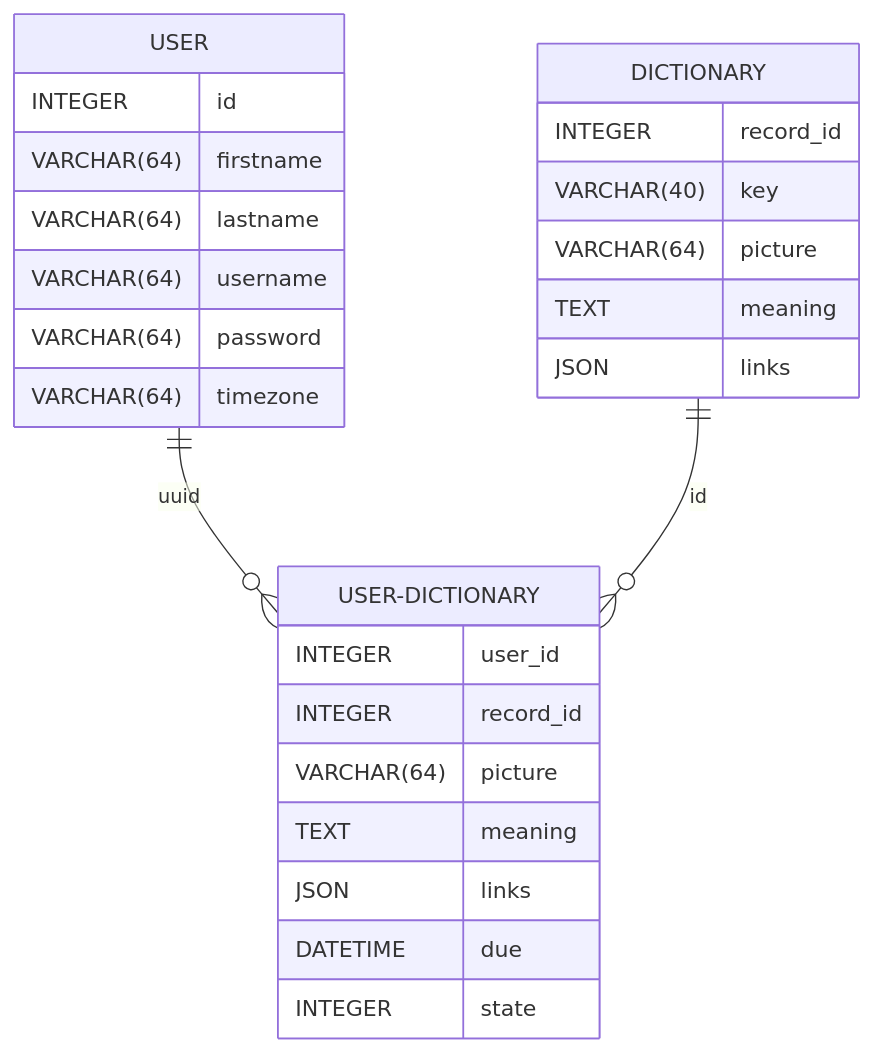
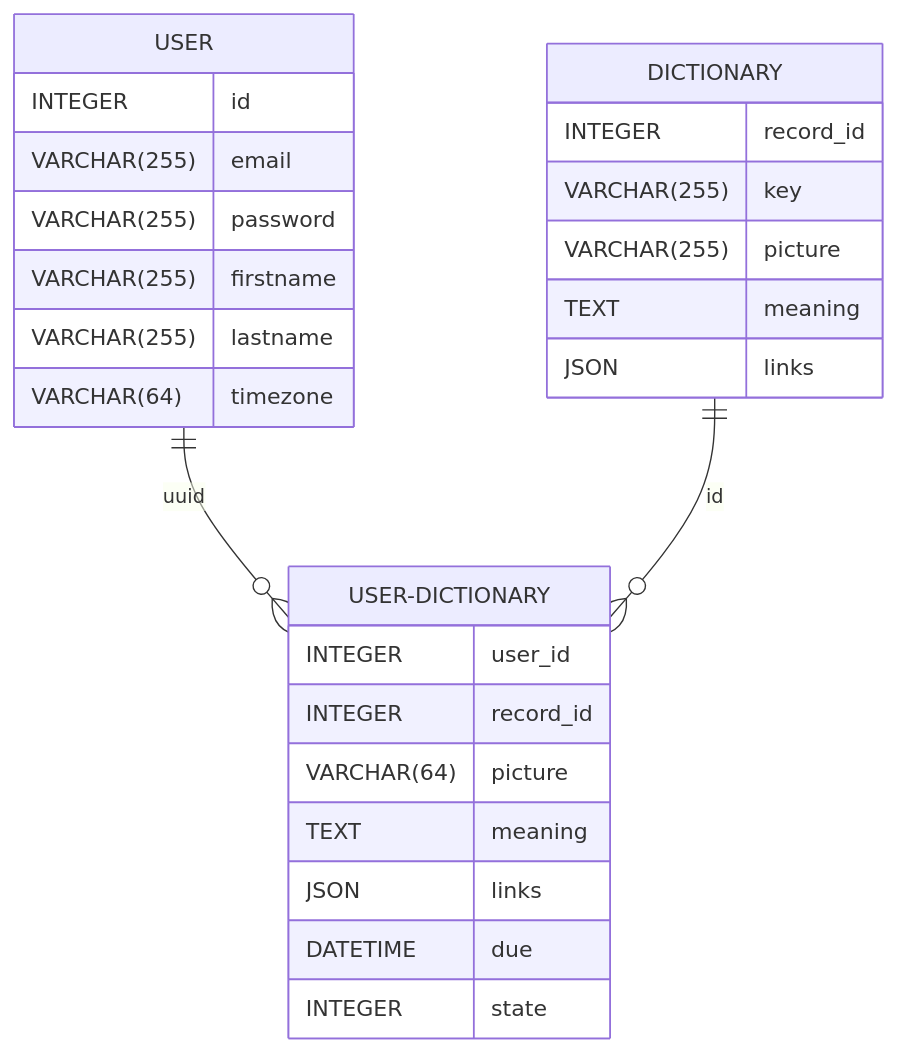
One commit to np25071984/lexi-cycle changed the second of 2 diagrams in README.md. Above: the diagram before and after it, drawn with Mermaid. The commit also changed 35 other files, not shown here.

````diff
--- a/README.md
+++ b/README.md
@@ -51,29 +51,29 @@
 ```mermaid
 erDiagram
     USER {
         INTEGER id
-        VARCHAR(64) firstname
-        VARCHAR(64) lastname
-        VARCHAR(64) username
-        VARCHAR(64) password
+        VARCHAR(255) email
+        VARCHAR(255) password
+        VARCHAR(255) firstname
+        VARCHAR(255) lastname
         VARCHAR(64) timezone
     }
     DICTIONARY {
         INTEGER record_id
-        VARCHAR(40) key
-        VARCHAR(64) picture
+        VARCHAR(255) key
+        VARCHAR(255) picture
         TEXT meaning
         JSON links
     }
     USER-DICTIONARY {
         INTEGER user_id
         INTEGER record_id
         VARCHAR(64) picture
         TEXT meaning
         JSON links
         DATETIME due
         INTEGER state
     }
     USER ||--o{ USER-DICTIONARY : uuid
     DICTIONARY ||--o{ USER-DICTIONARY : id
 ```
````
